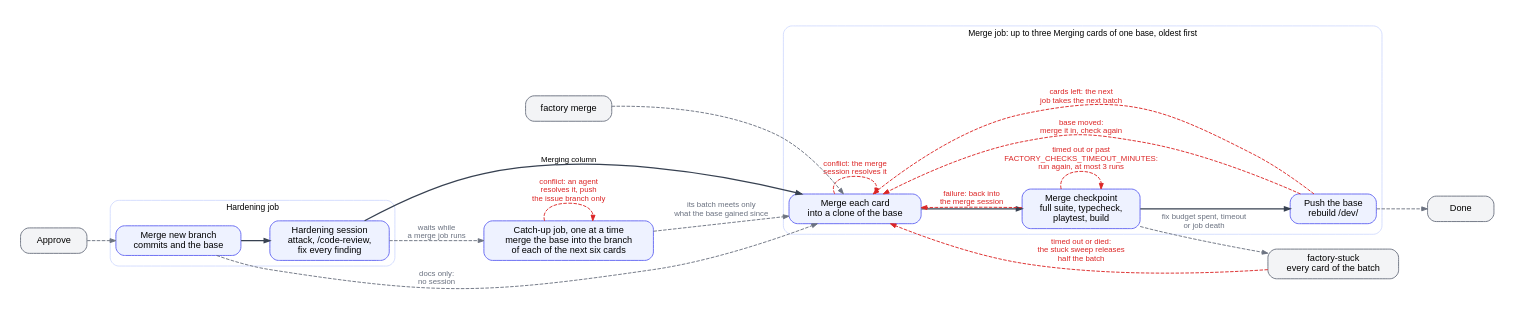
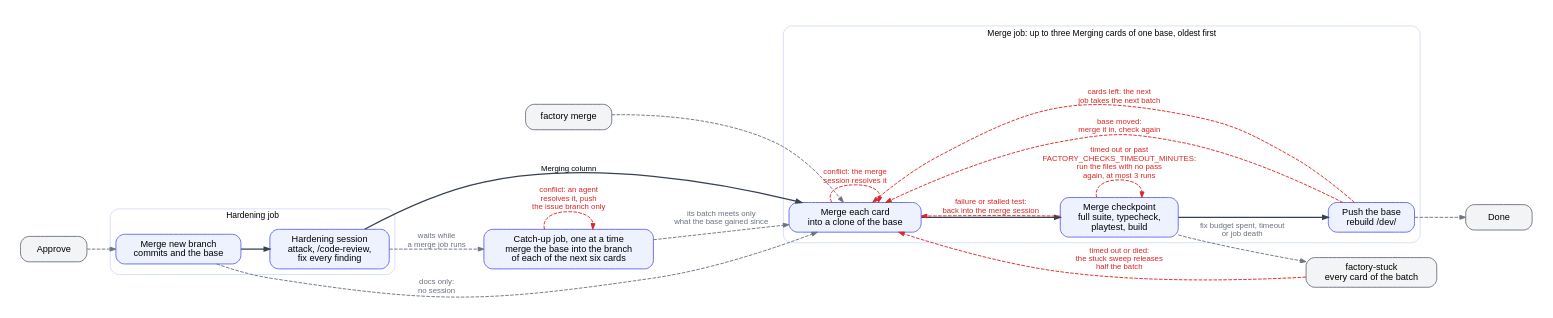
Before and after one commit to ROAM-game-org/road-machiners: the diagram in factory/docs/diagrams/hardening.dot, drawn with Graphviz. The commit also changed 15 other files, not shown here.

Commit message:
Checks pass the stall limit to the game suite, and a timeout rerun runs only the files with no pass

```diff
--- a/factory/docs/diagrams/hardening.dot
+++ b/factory/docs/diagrams/hardening.dot
@@ -1,39 +1,39 @@
 // Hardening and Merging columns. One hardening session reviews and fixes an approved card. The merge queue checks up to three waiting cards of a base merged together before the base takes them, and the next job takes the rest. While a merge job runs, a catch-up job merges the base into the branches of the next waiting cards.
 // Red: loops back. Grey: leaves the column or enters from outside.
 digraph hardening {
   rankdir=LR; nodesep=0.35; ranksep=0.55; bgcolor=white; pad=0.3;
   node [shape=box, style="rounded,filled", fillcolor="#eef2ff", color="#6366f1", fontname="Helvetica", fontsize=13, margin="0.2,0.1", penwidth=1.3, width=1.3];
   edge [color="#374151", penwidth=1.8, arrowsize=0.8, fontname="Helvetica", fontsize=11];
   subgraph cluster_harden {
     label="Hardening job"; fontname="Helvetica"; fontsize=12; color="#c7d2fe"; style=rounded;
     HM [label="Merge new branch\ncommits and the base"]; HH [label="Hardening session\nattack, /code-review,\nfix every finding"];
     HM -> HH [weight=100];
   }
   subgraph cluster_merge {
     label="Merge job: up to three Merging cards of one base, oldest first"; fontname="Helvetica"; fontsize=12; color="#c7d2fe"; style=rounded;
     MM [label="Merge each card\ninto a clone of the base"]; MC [label="Merge checkpoint\nfull suite, typecheck,\nplaytest, build"]; MP [label="Push the base\nrebuild /dev/"];
     MM -> MC -> MP [weight=100];
   }
   HH -> MM [label="Merging column"];
   CU [label="Catch-up job, one at a time\nmerge the base into the branch\nof each of the next six cards"];
   XA [label="Approve", fillcolor="#f3f4f6", color="#6b7280"];
   XO [label="factory merge", fillcolor="#f3f4f6", color="#6b7280"];
   XS [label="factory-stuck\nevery card of the batch", fillcolor="#f3f4f6", color="#6b7280"];
   XN [label="Done", fillcolor="#f3f4f6", color="#6b7280"];
   edge [color="#dc2626", fontcolor="#dc2626", style=dashed, penwidth=1.3];
   MM -> MM [label="conflict: the merge\nsession resolves it"];
-  MC -> MM [label="failure: back into\nthe merge session"];
-  MC -> MC [label="timed out or past\nFACTORY_CHECKS_TIMEOUT_MINUTES:\nrun again, at most 3 runs"];
+  MC -> MM [label="failure or stalled test:\nback into the merge session"];
+  MC -> MC [label="timed out or past\nFACTORY_CHECKS_TIMEOUT_MINUTES:\nrun the files with no pass\nagain, at most 3 runs"];
   MP -> MM [label="base moved:\nmerge it in, check again"];
   XS -> MM [label="timed out or died:\nthe stuck sweep releases\nhalf the batch"];
   MP -> MM [label="cards left: the next\njob takes the next batch"];
   CU -> CU [label="conflict: an agent\nresolves it, push\nthe issue branch only"];
   edge [color="#6b7280", fontcolor="#6b7280"];
   XA -> HM;
   HM -> MM [label="docs only:\nno session"];
   XO -> MM;
   MC -> XS [label="fix budget spent, timeout\nor job death"];
   MP -> XN;
   HH -> CU [label="waits while\na merge job runs"];
   CU -> MM [label="its batch meets only\nwhat the base gained since"];
 }
```
